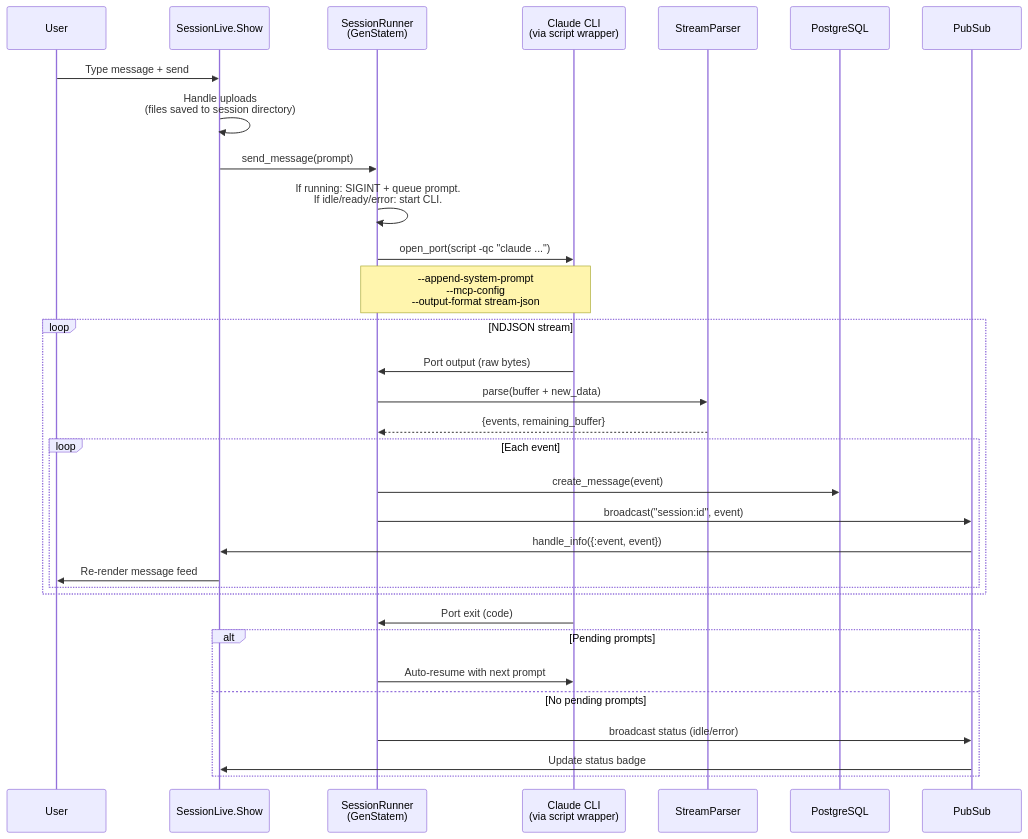
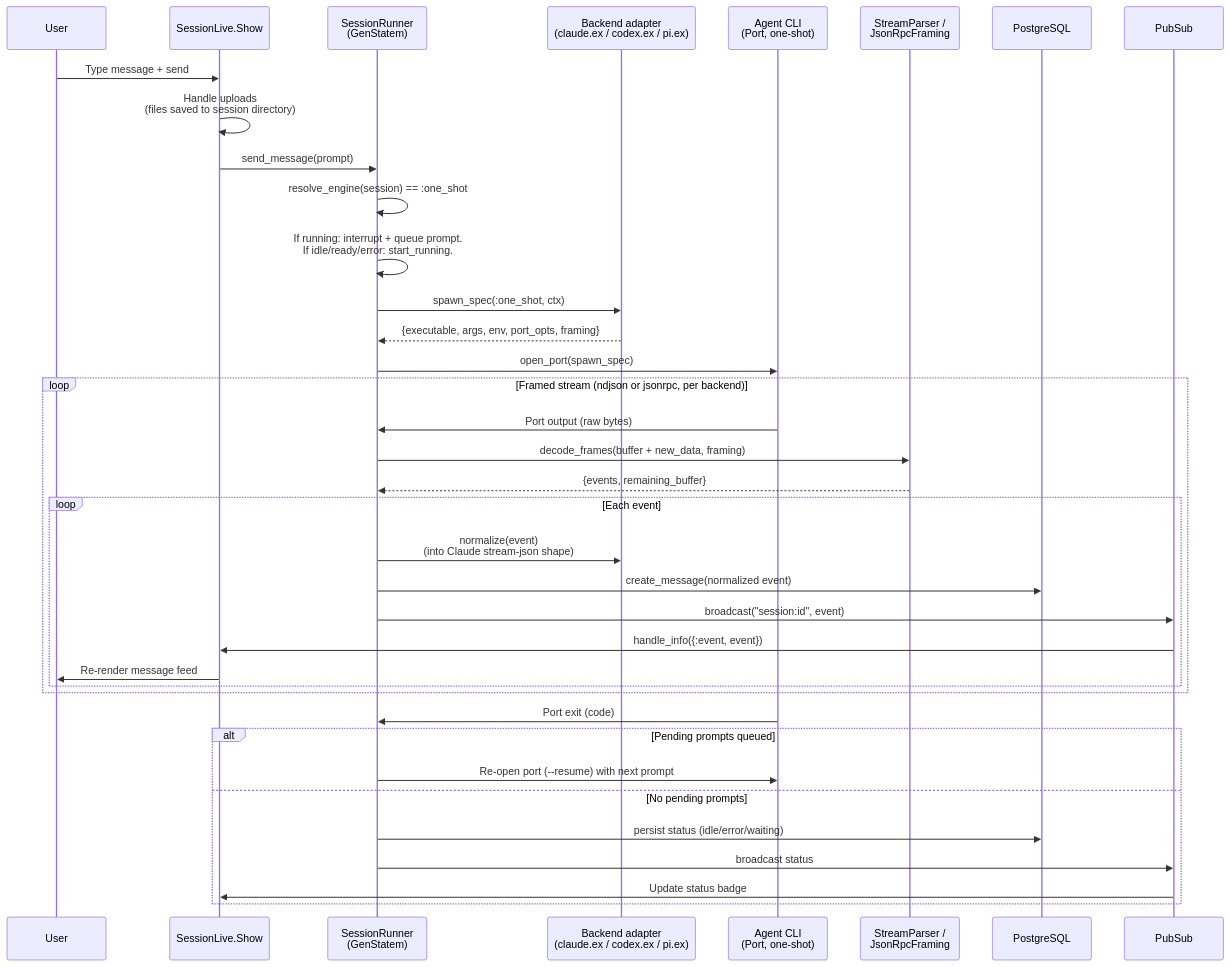
Before and after one commit to zingbretsen/orca_hub: the first of 3 diagrams in .context/message-flow.md, drawn with Mermaid. The commit also changed other lines of this file and 6 other files, not shown here.

First line of the commit message:
Refresh .context architecture docs to match current code

````diff
--- a/.context/message-flow.md
+++ b/.context/message-flow.md
@@ -5,39 +30,42 @@
 ```mermaid
 sequenceDiagram
     participant User
     participant LiveView as SessionLive.Show
     participant Runner as SessionRunner<br>(GenStatem)
-    participant CLI as Claude CLI<br>(via script wrapper)
-    participant Parser as StreamParser
+    participant Backend as Backend adapter<br>(claude.ex / codex.ex / pi.ex)
+    participant CLI as Agent CLI<br>(Port, one-shot)
+    participant Parser as StreamParser /<br>JsonRpcFraming
     participant DB as PostgreSQL
     participant PubSub
 
     User->>LiveView: Type message + send
     LiveView->>LiveView: Handle uploads<br>(files saved to session directory)
     LiveView->>Runner: send_message(prompt)
-    Runner->>Runner: If running: SIGINT + queue prompt.<br>If idle/ready/error: start CLI.
+    Runner->>Runner: resolve_engine(session) == :one_shot
+    Runner->>Runner: If running: interrupt + queue prompt.<br>If idle/ready/error: start_running.
+    Runner->>Backend: spawn_spec(:one_shot, ctx)
+    Backend-->>Runner: {executable, args, env, port_opts, framing}
+    Runner->>CLI: open_port(spawn_spec)
 
-    Runner->>CLI: open_port(script -qc "claude ...")
-    Note over Runner,CLI: --append-system-prompt<br>--mcp-config<br>--output-format stream-json
-
-    loop NDJSON stream
+    loop Framed stream (ndjson or jsonrpc, per backend)
         CLI->>Runner: Port output (raw bytes)
-        Runner->>Parser: parse(buffer + new_data)
+        Runner->>Parser: decode_frames(buffer + new_data, framing)
         Parser-->>Runner: {events, remaining_buffer}
-
         loop Each event
-            Runner->>DB: create_message(event)
+            Runner->>Backend: normalize(event)<br>(into Claude stream-json shape)
+            Runner->>DB: create_message(normalized event)
             Runner->>PubSub: broadcast("session:id", event)
             PubSub->>LiveView: handle_info({:event, event})
             LiveView->>User: Re-render message feed
         end
     end
 
     CLI->>Runner: Port exit (code)
-    alt Pending prompts
-        Runner->>CLI: Auto-resume with next prompt
+    alt Pending prompts queued
+        Runner->>CLI: Re-open port (--resume) with next prompt
     else No pending prompts
-        Runner->>PubSub: broadcast status (idle/error)
+        Runner->>DB: persist status (idle/error/waiting)
+        Runner->>PubSub: broadcast status
         PubSub->>LiveView: Update status badge
     end
 ```
````
